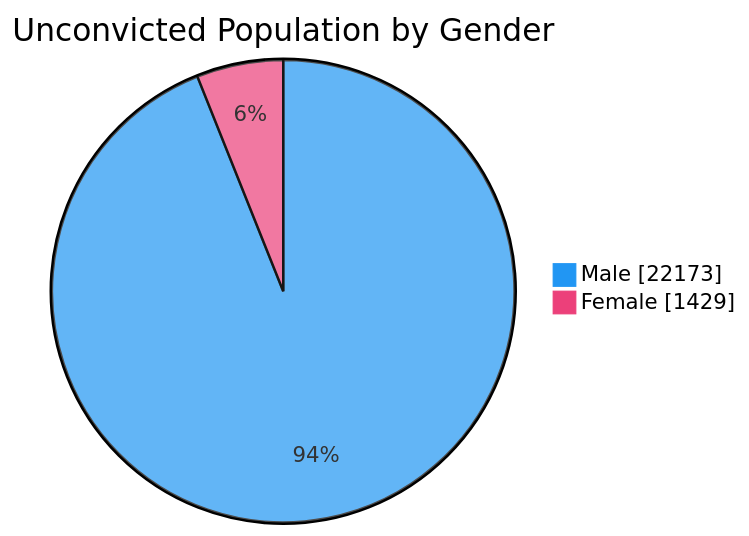
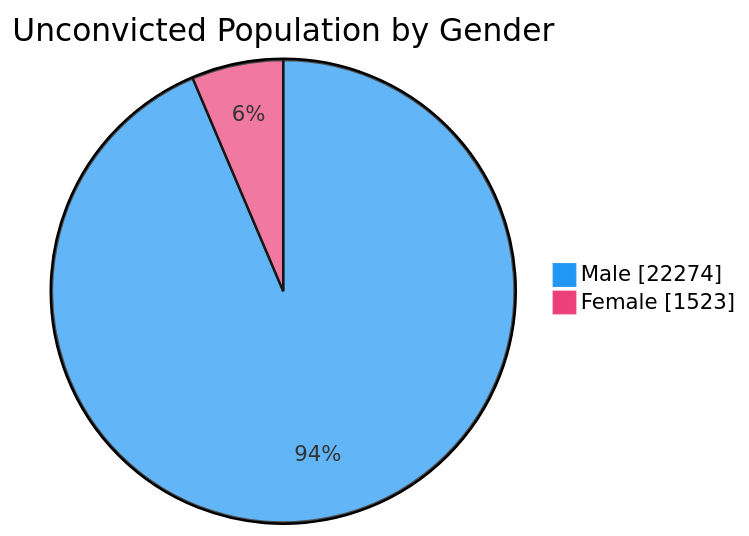
The fourth of 7 diagrams in README.md (nuuuwan/lk_prisons), drawn with Mermaid before and after one commit. The commit also changed other lines of this file and 1 other file, not shown here.

````diff
--- a/README.md
+++ b/README.md
@@ -76,6 +76,6 @@
 ```mermaid
 %%{init: {'themeVariables': {'pie1': '#2196F3', 'pie2': '#EC407A'}}}%%
 pie showData title Unconvicted Population by Gender
-    "Male" : 22173
-    "Female" : 1429
+    "Male" : 22274
+    "Female" : 1523
 ```
````
